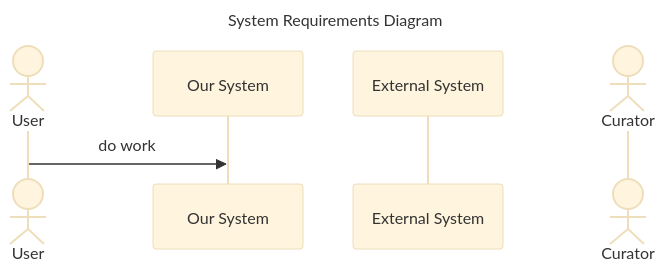
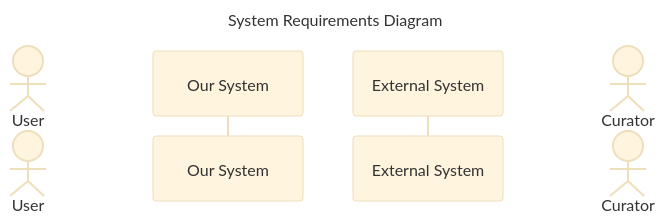
Before and after one commit to carolyncole/mermaid-wintersession: the diagram in lesson2-connectors/flow-diagram.md, drawn with Mermaid (base theme). The commit also changed other lines of this file and 10 other files, not shown here.

````diff
--- a/lesson2-connectors/flow-diagram.md
+++ b/lesson2-connectors/flow-diagram.md
@@ -11,14 +14,13 @@
 ```mermaid
 
 sequenceDiagram
 title  System Requirements Diagram
 accTitle: System Requirements Sequence Diagram
 
 actor user as User
 participant sys as Our System
 participant ext as External System
 actor curator as Curator
 
-user ->> sys: do work
 
 ```
````
